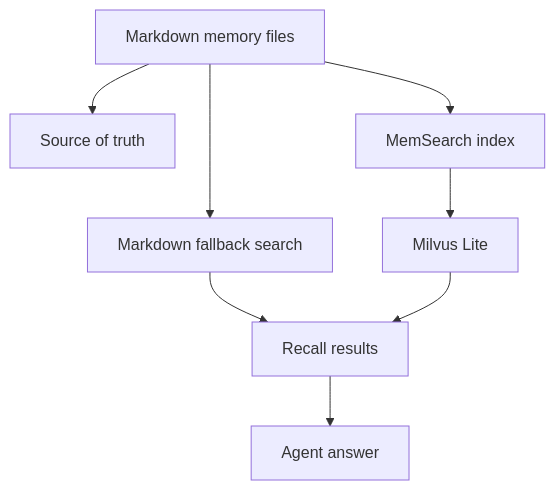
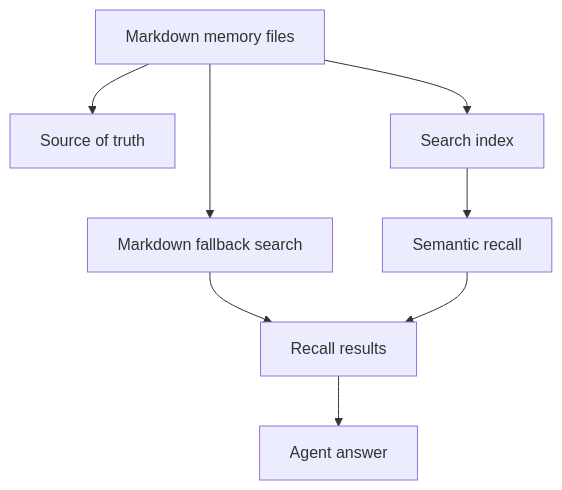
Before and after one commit to camrontaylor/AI-OS-Template: the fourth of 4 diagrams in docs/design-and-contributing.md, drawn with Mermaid. The commit also changed other lines of this file and 462 other files, not shown here.

````diff
--- a/docs/design-and-contributing.md
+++ b/docs/design-and-contributing.md
@@ -202,10 +203,10 @@
 ```mermaid
 flowchart TD
   A["Markdown memory files"] --> B["Source of truth"]
   A --> C["Markdown fallback search"]
-  A --> D["MemSearch index"]
-  D --> E["Milvus Lite"]
+  A --> D["Search index"]
+  D --> E["Semantic recall"]
   C --> F["Recall results"]
   E --> F
   F --> G["Agent answer"]
 ```
````
